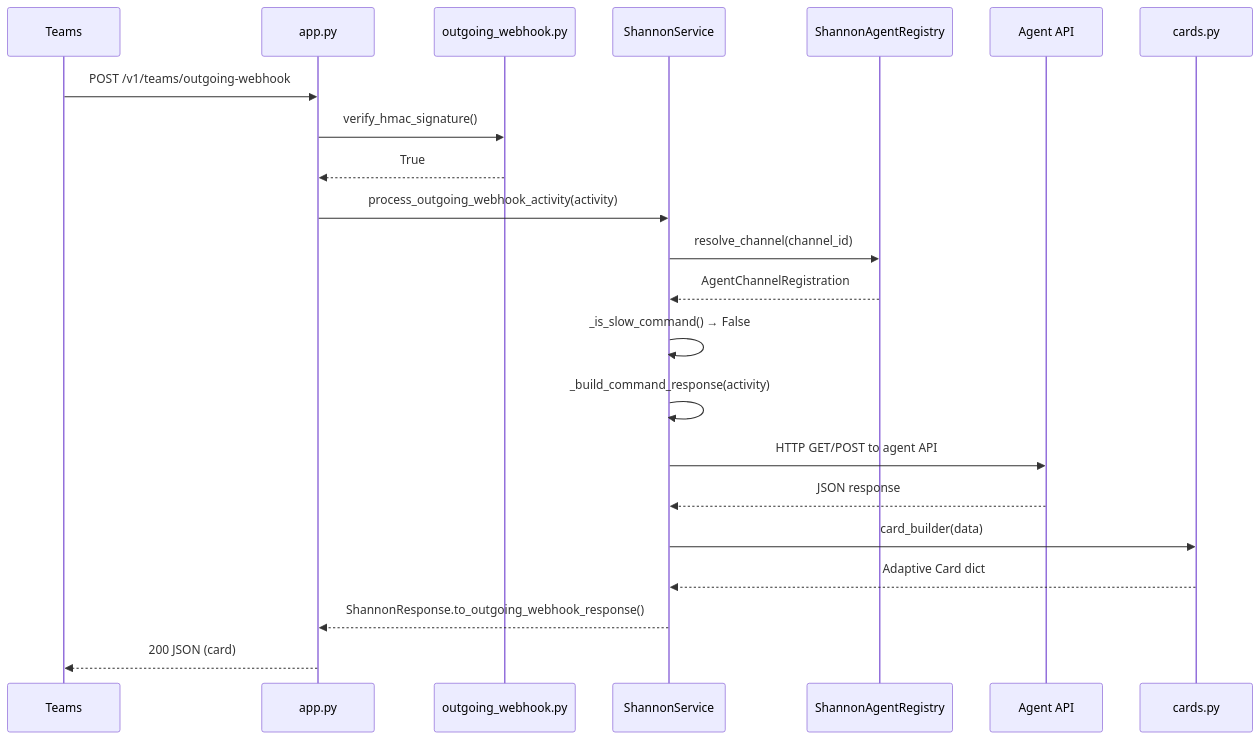
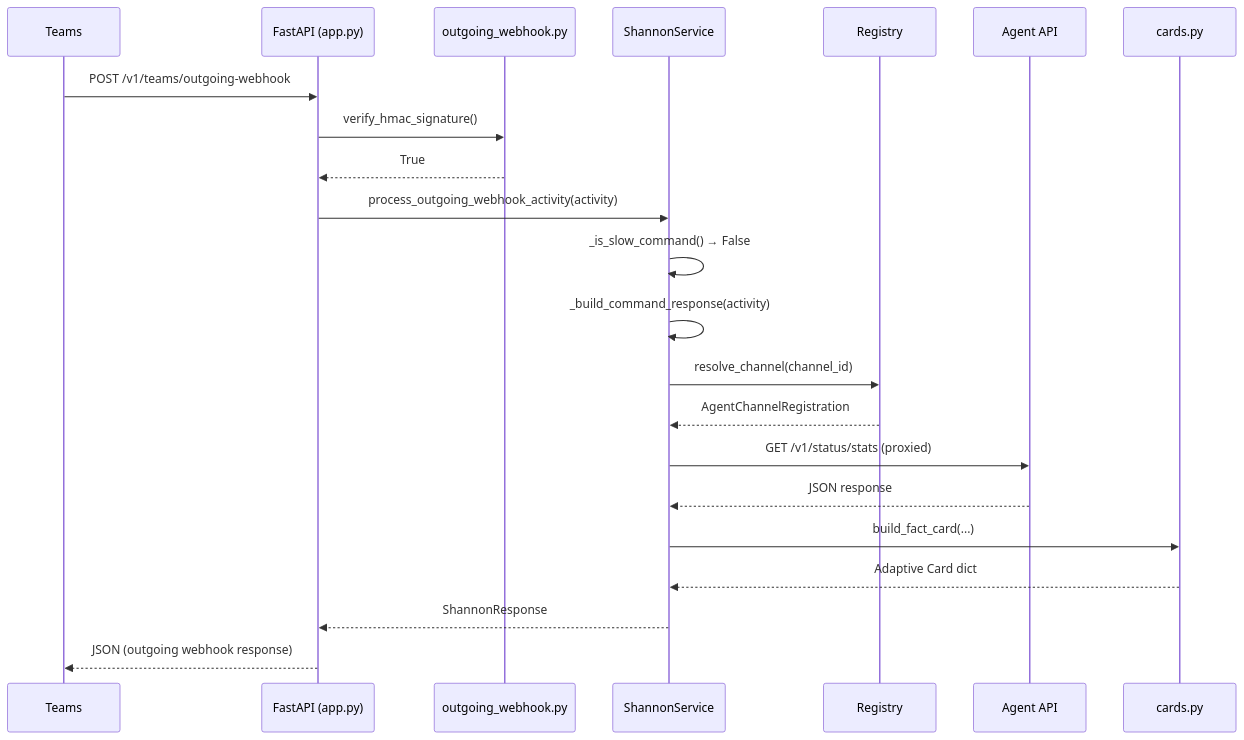
The second of 4 diagrams in docs/shannon.md (jmac-cornelis/agent-workforce), drawn with Mermaid before and after one commit. The commit also changed other lines of this file and 7 other files, not shown here.

````diff
--- a/docs/shannon.md
+++ b/docs/shannon.md
@@ -79,25 +57,25 @@
 ```mermaid
 sequenceDiagram
-    participant T as Teams
-    participant A as app.py
-    participant O as outgoing_webhook.py
-    participant S as ShannonService
-    participant R as ShannonAgentRegistry
-    participant AG as Agent API
-    participant C as cards.py
+    participant Teams
+    participant App as FastAPI (app.py)
+    participant WH as outgoing_webhook.py
+    participant Svc as ShannonService
+    participant Reg as Registry
+    participant Agent as Agent API
+    participant Cards as cards.py
 
-    T->>A: POST /v1/teams/outgoing-webhook
-    A->>O: verify_hmac_signature()
-    O-->>A: True
-    A->>S: process_outgoing_webhook_activity(activity)
-    S->>R: resolve_channel(channel_id)
-    R-->>S: AgentChannelRegistration
-    S->>S: _is_slow_command() → False
-    S->>S: _build_command_response(activity)
-    S->>AG: HTTP GET/POST to agent API
-    AG-->>S: JSON response
-    S->>C: card_builder(data)
-    C-->>S: Adaptive Card dict
-    S-->>A: ShannonResponse.to_outgoing_webhook_response()
-    A-->>T: 200 JSON (card)
+    Teams->>App: POST /v1/teams/outgoing-webhook
+    App->>WH: verify_hmac_signature()
+    WH-->>App: True
+    App->>Svc: process_outgoing_webhook_activity(activity)
+    Svc->>Svc: _is_slow_command() → False
+    Svc->>Svc: _build_command_response(activity)
+    Svc->>Reg: resolve_channel(channel_id)
+    Reg-->>Svc: AgentChannelRegistration
+    Svc->>Agent: GET /v1/status/stats (proxied)
+    Agent-->>Svc: JSON response
+    Svc->>Cards: build_fact_card(...)
+    Cards-->>Svc: Adaptive Card dict
+    Svc-->>App: ShannonResponse
+    App-->>Teams: JSON (outgoing webhook response)
 ```
````
